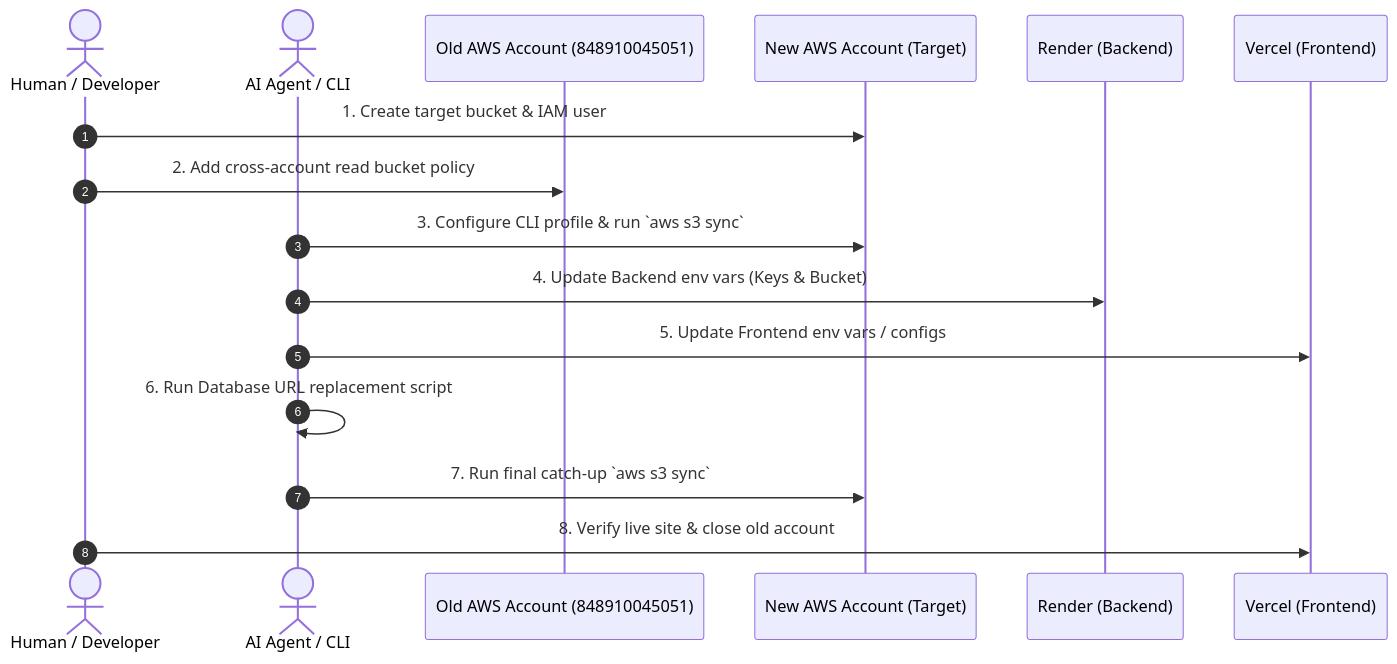
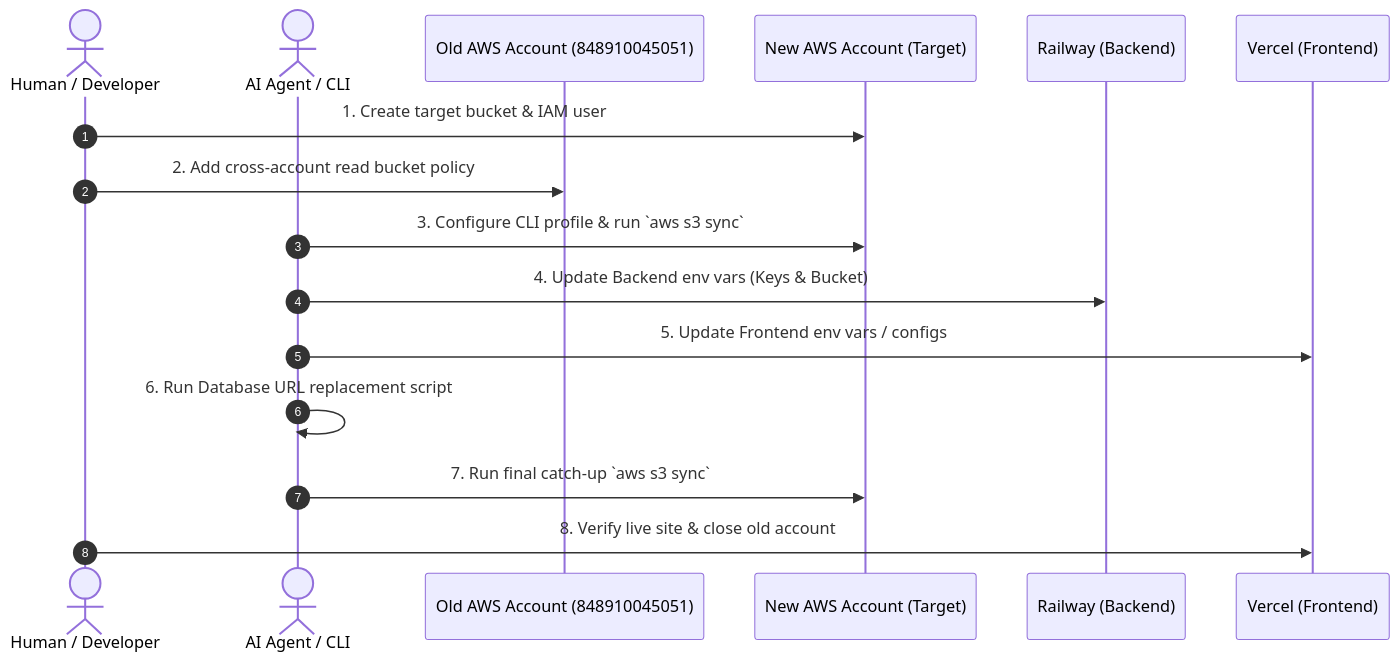
The diagram in aws_shift.md (duddukurijaswanth6787-tech/Waas_e-comeres_sdks), drawn with Mermaid before and after one commit. The commit also changed other lines of this file and 6 other files, not shown here.

````diff
--- a/aws_shift.md
+++ b/aws_shift.md
@@ -26,19 +26,19 @@
 ```mermaid
 sequenceDiagram
     autonumber
     actor User as Human / Developer
     actor Agent as AI Agent / CLI
     participant OldAWS as Old AWS Account (848910045051)
     participant NewAWS as New AWS Account (Target)
-    participant Render as Render (Backend)
+    participant Railway as Railway (Backend)
     participant Vercel as Vercel (Frontend)
 
     User->>NewAWS: 1. Create target bucket & IAM user
     User->>OldAWS: 2. Add cross-account read bucket policy
     Agent->>NewAWS: 3. Configure CLI profile & run `aws s3 sync`
-    Agent->>Render: 4. Update Backend env vars (Keys & Bucket)
+    Agent->>Railway: 4. Update Backend env vars (Keys & Bucket)
     Agent->>Vercel: 5. Update Frontend env vars / configs
     Agent->>Agent: 6. Run Database URL replacement script
     Agent->>NewAWS: 7. Run final catch-up `aws s3 sync`
     User->>Vercel: 8. Verify live site & close old account
 ```
````
